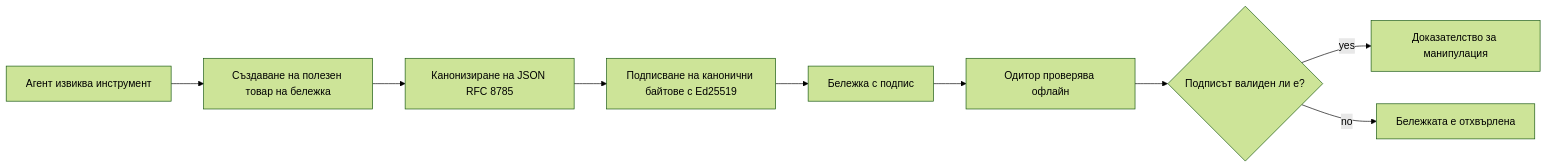
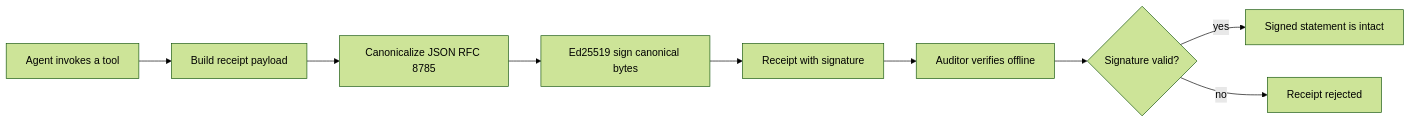
One commit to microsoft/ai-agents-for-beginners changed the first of 2 diagrams in translations/bg/18-securing-ai-agents/README.md. Above: the diagram before and after it, drawn with Mermaid (forest theme). The commit also changed other lines of this file and 10 other files, not shown here.

````diff
--- a/translations/bg/18-securing-ai-agents/README.md
+++ b/translations/bg/18-securing-ai-agents/README.md
@@ -51,11 +54,11 @@
 ```mermaid
 flowchart LR
-    A[Агент извиква инструмент] --> B[Създаване на полезен товар на бележка]
-    B --> C[Канонизиране на JSON RFC 8785]
-    C --> E[Подписване на канонични байтове с Ed25519]
-    E --> F[Бележка с подпис]
-    F --> G[Одитор проверява офлайн]
-    G --> H{Подписът валиден ли е?}
-    H -- yes --> I[Доказателство за манипулация]
-    H -- no --> J[Бележката е отхвърлена]
+    A[Agent invokes a tool] --> B[Build receipt payload]
+    B --> C[Canonicalize JSON RFC 8785]
+    C --> E[Ed25519 sign canonical bytes]
+    E --> F[Receipt with signature]
+    F --> G[Auditor verifies offline]
+    G --> H{Signature valid?}
+    H -- yes --> I[Signed statement is intact]
+    H -- no --> J[Receipt rejected]
 ```
````
